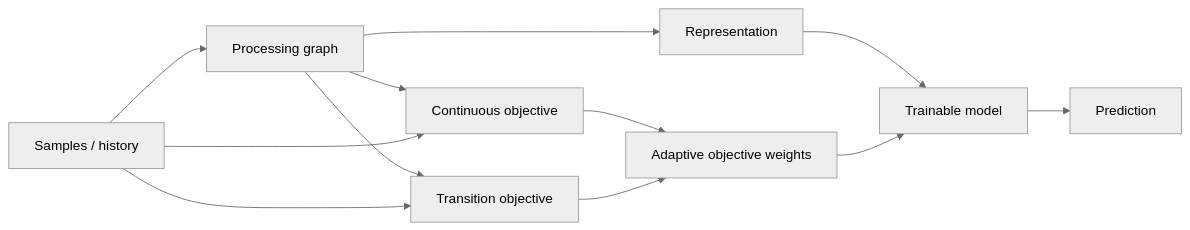
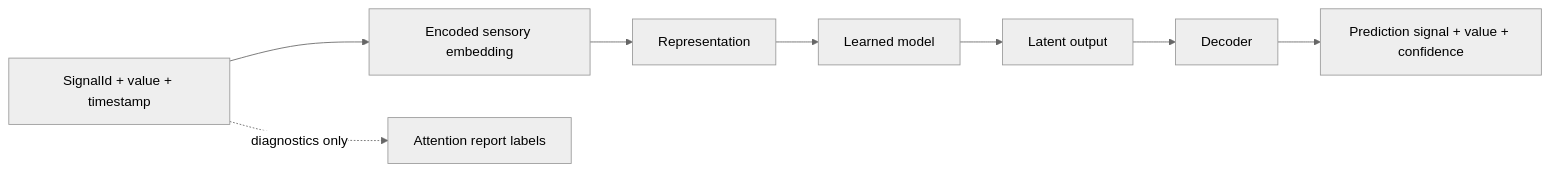
The second of 6 diagrams in docs/expectations.md (skasti/skyn-vaettr), drawn with Mermaid (neutral theme) before and after one commit. The commit also changed other lines of this file, not shown here.

Commit message:
docs: document QKV prediction pivot and parked expectations

````diff
--- a/docs/expectations.md
+++ b/docs/expectations.md
@@ -58,16 +30,11 @@
 ```mermaid
 flowchart LR
-    S[Samples / history] --> G[Processing graph]
-    G --> R[Representation]
-    R --> M[Trainable model]
-    M --> P[Prediction]
+    I[SignalId + value + timestamp] --> E[Encoded sensory embedding]
+    E --> R[Representation]
+    R --> M[Learned model]
+    M --> O[Latent output]
+    O --> D[Decoder]
+    D --> P[Prediction signal + value + confidence]
 
-    G --> C[Continuous objective]
-    G --> T[Transition objective]
-    S --> C
-    S --> T
-
-    C --> W[Adaptive objective weights]
-    T --> W
-    W --> M
+    I -. diagnostics only .-> H[Attention report labels]
 ```
````
